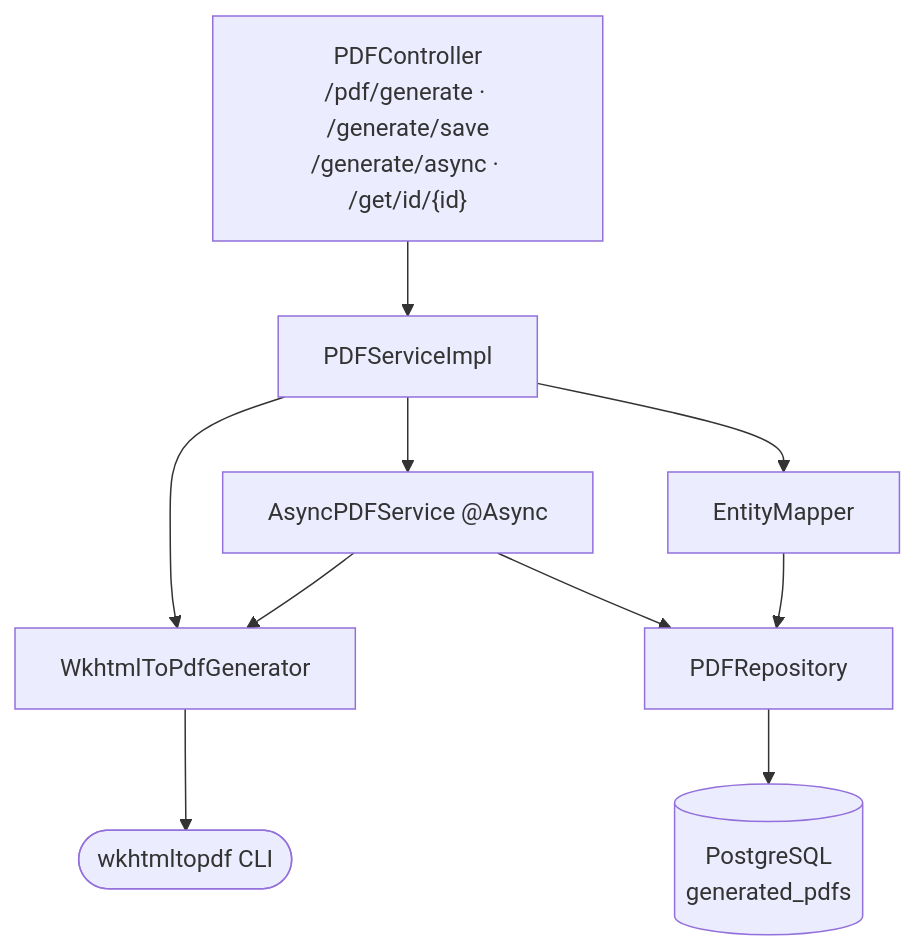
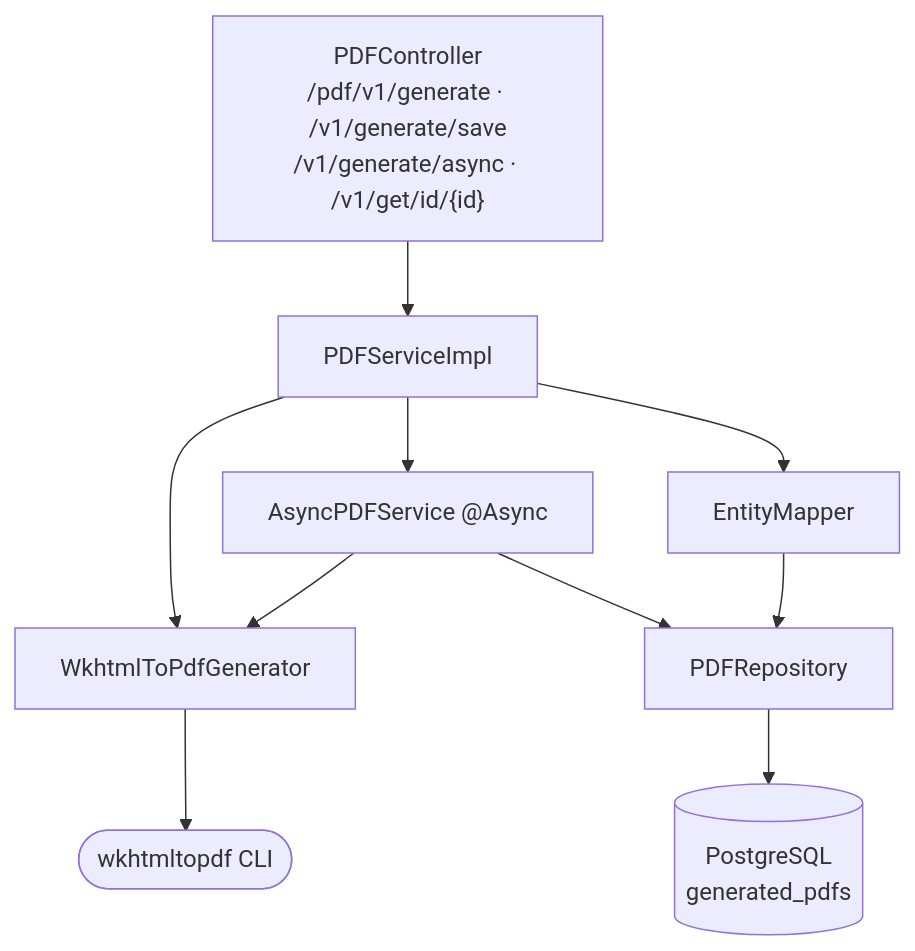
One commit to Tu2l/open-resume-builder-backend changed the first of 5 diagrams in docs/pdf-service/README.md. Above: the diagram before and after it, drawn with Mermaid. The commit also changed other lines of this file and 16 other files, not shown here.

````diff
--- a/docs/pdf-service/README.md
+++ b/docs/pdf-service/README.md
@@ -26,16 +26,16 @@
 ```mermaid
 flowchart TB
-    PC["PDFController<br/>/pdf/generate · /generate/save<br/>/generate/async · /get/id/{id}"]
+    PC["PDFController<br/>/pdf/v1/generate · /v1/generate/save<br/>/v1/generate/async · /v1/get/id/{id}"]
     PS["PDFServiceImpl"]
     AS["AsyncPDFService @Async"]
     GEN["WkhtmlToPdfGenerator"]
     WK(["wkhtmltopdf CLI"])
     EM["EntityMapper"]
     REPO["PDFRepository"]
     DB[("PostgreSQL<br/>generated_pdfs")]
     PC --> PS
     PS --> GEN --> WK
     PS --> AS --> GEN
     PS --> EM --> REPO --> DB
     AS --> REPO
 ```
````
